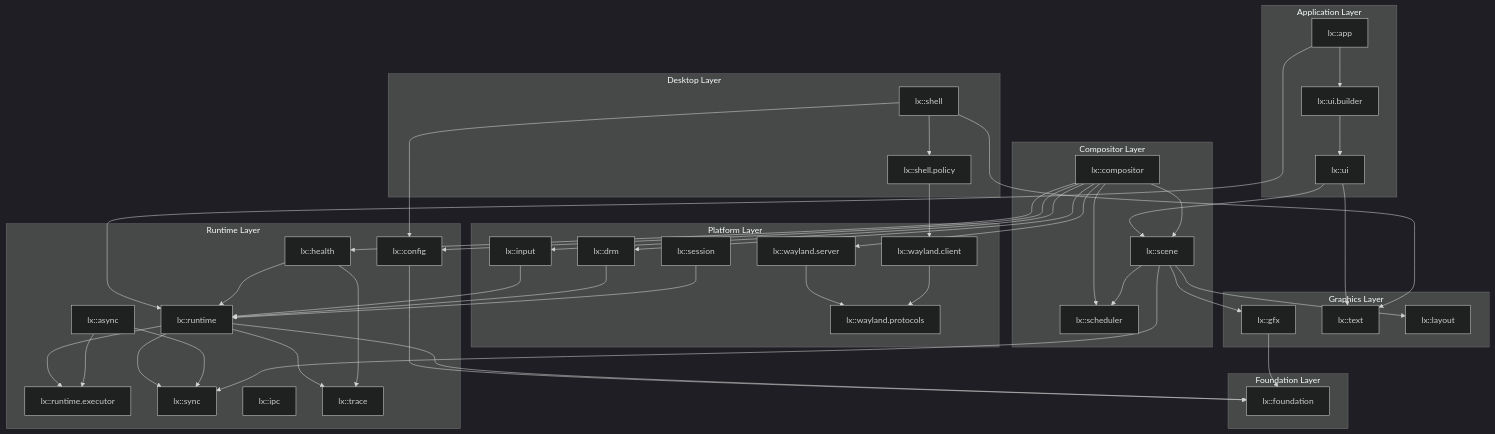
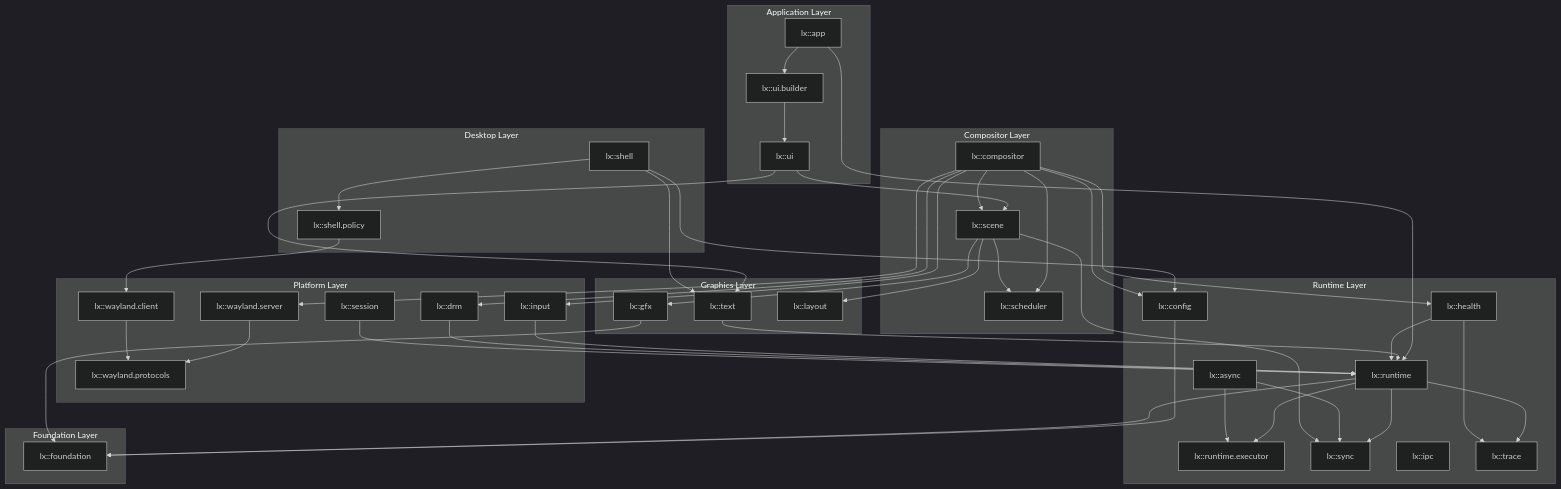
Before and after one commit to dimmus/lumen: the diagram in docs/uml/01-package-layers.mmd, drawn with Mermaid (dark theme). The commit also changed 14 other files, not shown here.

```diff
--- a/docs/uml/01-package-layers.mmd
+++ b/docs/uml/01-package-layers.mmd
@@ -1,83 +1,84 @@
 flowchart TB
     subgraph Apps["Application Layer"]
         APP["lx::app"]
         UI["lx::ui"]
         UIB["lx::ui.builder"]
     end
 
     subgraph Desktop["Desktop Layer"]
         SHELL["lx::shell"]
         POLICY["lx::shell.policy"]
     end
 
     subgraph Compositing["Compositor Layer"]
         COMP["lx::compositor"]
         SCENE["lx::scene"]
         SCHED["lx::scheduler"]
     end
 
     subgraph Graphics["Graphics Layer"]
         GFX["lx::gfx"]
         TEXT["lx::text"]
         LAYOUT["lx::layout"]
     end
 
     subgraph Platform["Platform Layer"]
         WLS["lx::wayland.server"]
         WLC["lx::wayland.client"]
         WLPROT["lx::wayland.protocols"]
         INPUT["lx::input"]
         SESSION["lx::session"]
         DRM["lx::drm"]
     end
 
     subgraph Runtime["Runtime Layer"]
         RT["lx::runtime"]
         EXEC["lx::runtime.executor"]
         SYNC["lx::sync"]
         IPC["lx::ipc"]
         ASYNC["lx::async"]
         TRACE["lx::trace"]
         HEALTH["lx::health"]
         CONFIG["lx::config"]
     end
 
     subgraph Foundation["Foundation Layer"]
         FOUND["lx::foundation"]
     end
 
     APP --> UIB
     APP --> RT
     UI --> SCENE
     UI --> TEXT
     UIB --> UI
     SHELL --> POLICY
     SHELL --> TEXT
     POLICY --> WLC
     COMP --> WLS
     COMP --> SCENE
     COMP --> SCHED
     COMP --> INPUT
     COMP --> DRM
     COMP --> HEALTH
     COMP --> CONFIG
     SHELL --> CONFIG
     SCENE --> GFX
     SCENE --> LAYOUT
     SCENE --> SCHED
     WLS --> WLPROT
     WLC --> WLPROT
     INPUT --> RT
     DRM --> RT
     SESSION --> RT
     GFX --> FOUND
+    TEXT --> RT
     RT --> EXEC
     RT --> SYNC
     RT --> TRACE
     HEALTH --> RT
     HEALTH --> TRACE
     CONFIG --> FOUND
     ASYNC --> SYNC
     ASYNC --> EXEC
     SCENE --> SYNC
     RT --> FOUND
```
